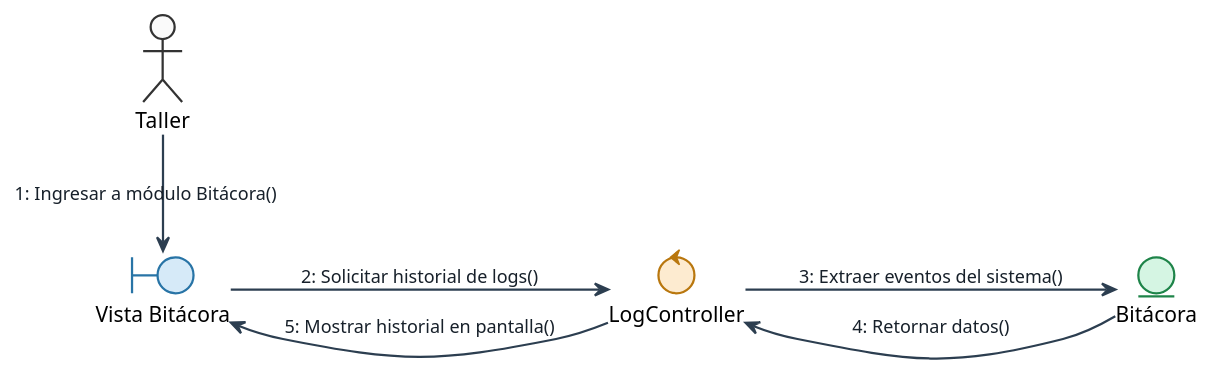
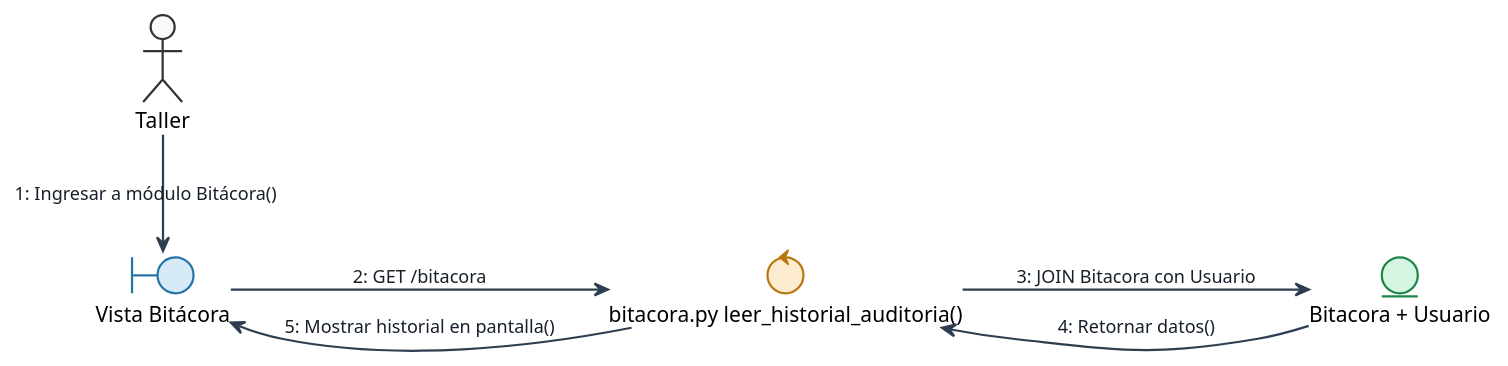
One commit to iAngie28/emergencia.vehicular changed the diagram in uml/arquitectura_sistema/analisis_cu_5.puml. Above: the diagram before and after it, drawn with PlantUML. The commit also changed 147 other files, not shown here.

```diff
--- a/uml/arquitectura_sistema/analisis_cu_5.puml
+++ b/uml/arquitectura_sistema/analisis_cu_5.puml
@@ -1,48 +1,48 @@
 @startuml
 left to right direction
 
 ' --- Estilo Formal Enterprise Architect ---
 skinparam shadowing false
 skinparam defaultFontName sans-serif
 skinparam nodesep 60
 skinparam ranksep 70
 
 skinparam actor {
     BackgroundColor #FAFAFA
     BorderColor #333333
     BorderThickness 1.5
 }
 skinparam boundary {
     BackgroundColor #D6EAF8
     BorderColor #2874A6
     BorderThickness 1.5
 }
 skinparam control {
     BackgroundColor #FDEBD0
     BorderColor #B9770E
     BorderThickness 1.5
 }
 skinparam entity {
     BackgroundColor #D5F5E3
     BorderColor #1E8449
     BorderThickness 1.5
 }
 skinparam arrow {
     Color #2C3E50
     Thickness 1.5
     FontColor #17202A
     FontSize 12
 }
 ' ------------------------------------------
 
 actor "Taller" as T
 boundary "Vista Bitácora" as V
-control "LogController" as C
-entity "Bitácora" as E
+control "bitacora.py leer_historial_auditoria()" as C
+entity "Bitacora + Usuario" as E
 
 T -> V : 1: Ingresar a módulo Bitácora()
-V -> C : 2: Solicitar historial de logs()
-C -> E : 3: Extraer eventos del sistema()
+V -> C : 2: GET /bitacora
+C -> E : 3: JOIN Bitacora con Usuario
 E --> C : 4: Retornar datos()
 C --> V : 5: Mostrar historial en pantalla()
 @enduml
```
